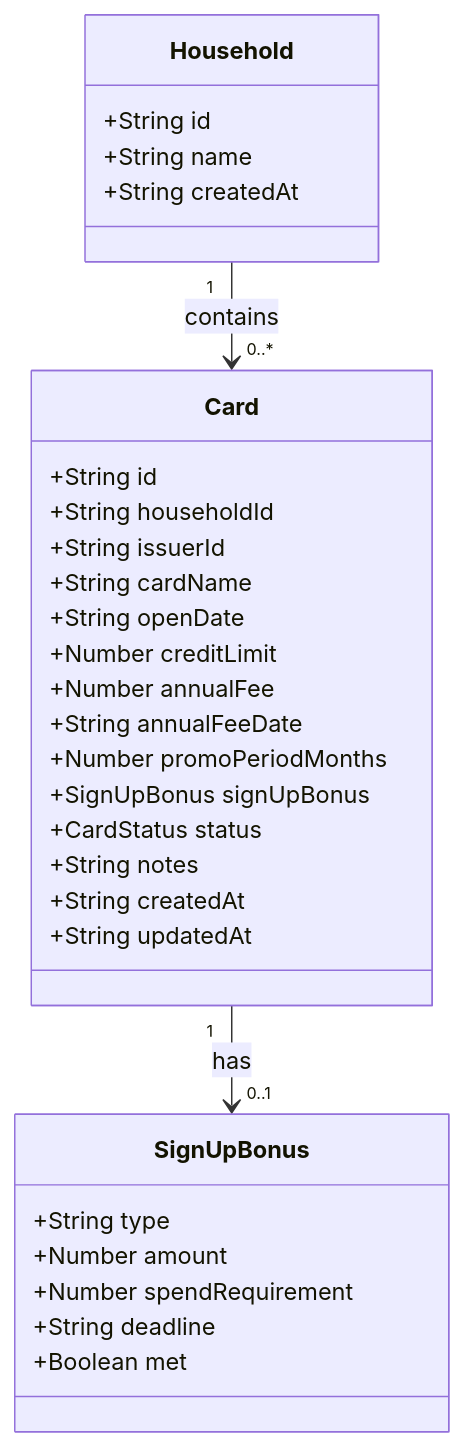
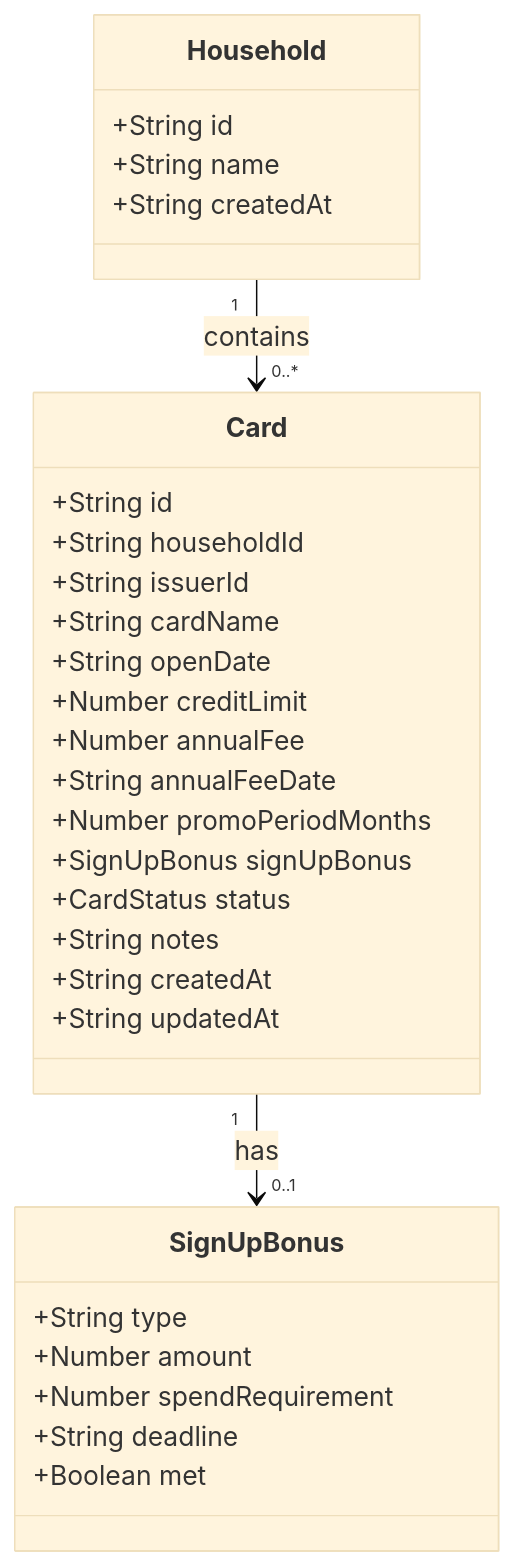
One commit to declanshanaghy/fenrir-ledger changed the eighth of 9 diagrams in architecture/system-design.md. Above: the diagram before and after it, drawn with Mermaid. The commit also changed other lines of this file and 2 other files, not shown here.

First line of the commit message:
chore: add fontSize and line-break rules to mermaid style guide

````diff
--- a/architecture/system-design.md
+++ b/architecture/system-design.md
@@ -372,36 +379,37 @@
 ```mermaid
+%%{init: {'theme': 'base', 'themeVariables': {'fontSize': '18px'}}}%%
 classDiagram
     class Household {
         +String id
         +String name
         +String createdAt
     }
 
     class Card {
         +String id
         +String householdId
         +String issuerId
         +String cardName
         +String openDate
         +Number creditLimit
         +Number annualFee
         +String annualFeeDate
         +Number promoPeriodMonths
         +SignUpBonus signUpBonus
         +CardStatus status
         +String notes
         +String createdAt
         +String updatedAt
     }
 
     class SignUpBonus {
         +String type
         +Number amount
         +Number spendRequirement
         +String deadline
         +Boolean met
     }
 
     Household "1" --> "0..*" Card : contains
     Card "1" --> "0..1" SignUpBonus : has
 ```
````
